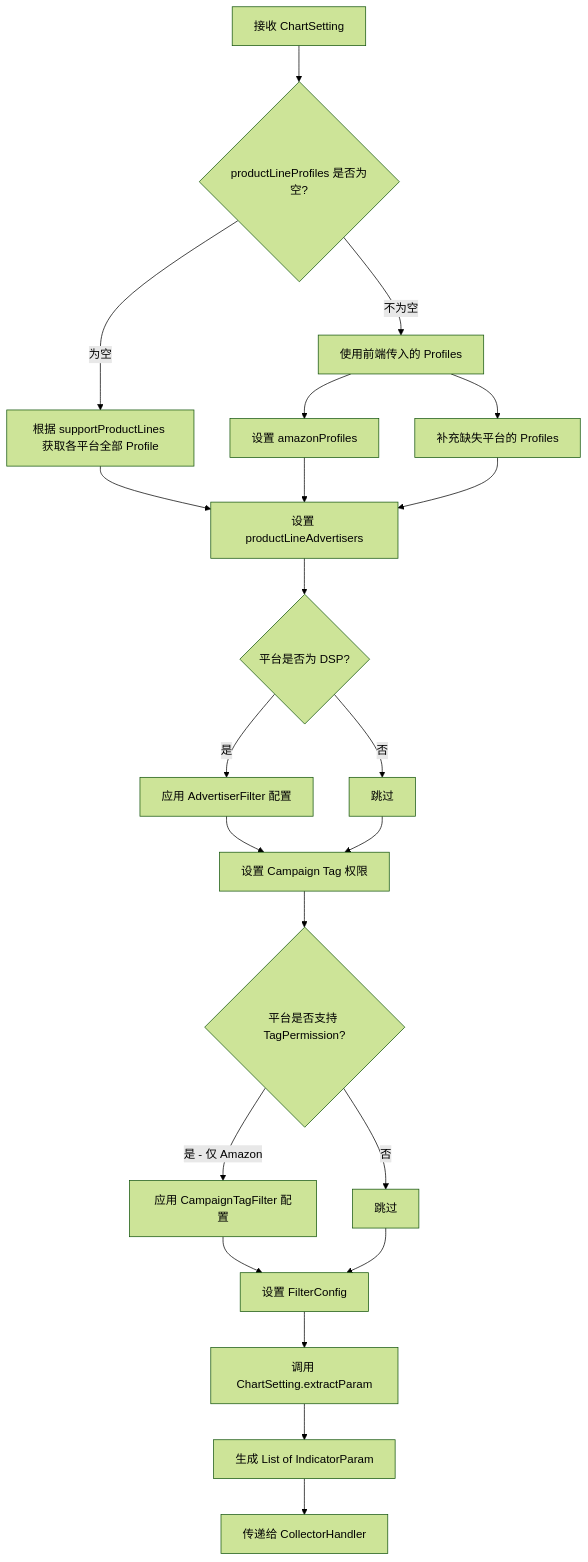
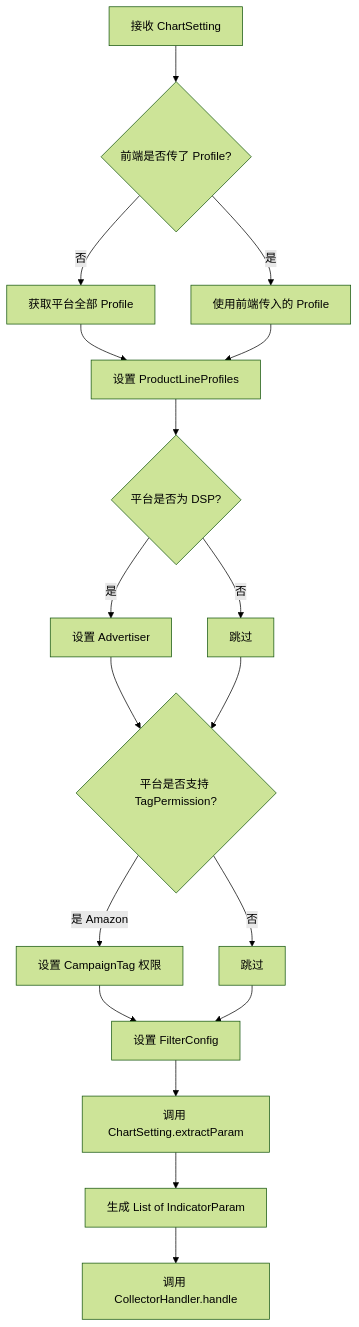
Before and after one commit to suoweiwei-pacvue/document-automation: the third of 7 diagrams in output/01-core-api.md, drawn with Mermaid (forest theme). The commit also changed other lines of this file and 55 other files, not shown here.

````diff
--- a/output/01-core-api.md
+++ b/output/01-core-api.md
@@ -276,23 +474,20 @@
 ```mermaid
 flowchart TD
-    A[接收 ChartSetting] --> B{productLineProfiles 是否为空?}
-    B -->|为空| C[根据 supportProductLines 获取各平台全部 Profile]
-    B -->|不为空| D[使用前端传入的 Profiles]
-    D --> D1[设置 amazonProfiles]
-    D --> D2[补充缺失平台的 Profiles]
-    
-    C & D1 & D2 --> E[设置 productLineAdvertisers]
-    E --> E1{平台是否为 DSP?}
-    E1 -->|是| E2[应用 AdvertiserFilter 配置]
-    E1 -->|否| E3[跳过]
-    
-    E2 & E3 --> F[设置 Campaign Tag 权限]
-    F --> F1{平台是否支持 TagPermission?}
-    F1 -->|是 - 仅 Amazon| F2[应用 CampaignTagFilter 配置]
-    F1 -->|否| F3[跳过]
-    
-    F2 & F3 --> G[设置 FilterConfig]
-    G --> H[调用 ChartSetting.extractParam]
-    H --> I[生成 List of IndicatorParam]
-    I --> J[传递给 CollectorHandler]
+    A[接收 ChartSetting] --> B{前端是否传了 Profile?}
+    B -->|否| C[获取平台全部 Profile]
+    B -->|是| D[使用前端传入的 Profile]
+    C --> E[设置 ProductLineProfiles]
+    D --> E
+    E --> F{平台是否为 DSP?}
+    F -->|是| G[设置 Advertiser]
+    F -->|否| H[跳过]
+    G --> I{平台是否支持 TagPermission?}
+    H --> I
+    I -->|是 Amazon| J[设置 CampaignTag 权限]
+    I -->|否| K[跳过]
+    J --> L[设置 FilterConfig]
+    K --> L
+    L --> M[调用 ChartSetting.extractParam]
+    M --> N[生成 List of IndicatorParam]
+    N --> O[调用 CollectorHandler.handle]
 ```
````
